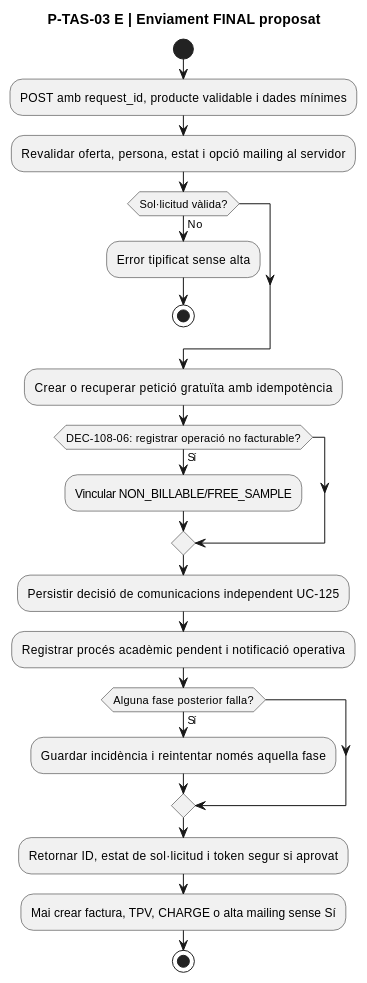
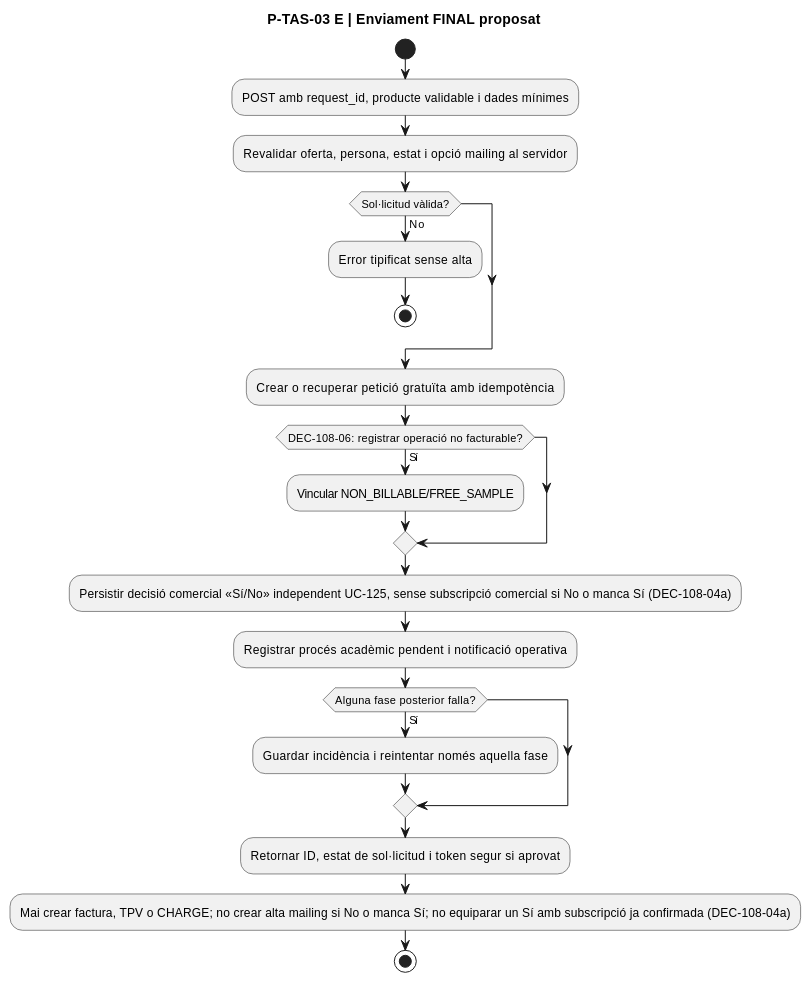
Before and after one commit to orgmeriemprismacat-del/verifactu: diagram 26 of 32 in documentacio/07-uml-integrat/uc-108-activitats-pagines-tastets-actual-final.md, drawn with PlantUML. The commit also changed other lines of this file, not shown here.

````diff
--- a/documentacio/07-uml-integrat/uc-108-activitats-pagines-tastets-actual-final.md
+++ b/documentacio/07-uml-integrat/uc-108-activitats-pagines-tastets-actual-final.md
@@ -634,24 +634,24 @@
 ```plantuml
 @startuml
 title P-TAS-03 E | Enviament FINAL proposat
 start
 :POST amb request_id, producte validable i dades mínimes;
 :Revalidar oferta, persona, estat i opció mailing al servidor;
 if (Sol·licitud vàlida?) then (No)
   :Error tipificat sense alta;
   stop
 endif
 :Crear o recuperar petició gratuïta amb idempotència;
 if (DEC-108-06: registrar operació no facturable?) then (Sí)
   :Vincular NON_BILLABLE/FREE_SAMPLE;
 endif
-:Persistir decisió de comunicacions independent UC-125;
+:Persistir decisió comercial «Sí/No» independent UC-125, sense subscripció comercial si No o manca Sí (DEC-108-04a);
 :Registrar procés acadèmic pendent i notificació operativa;
 if (Alguna fase posterior falla?) then (Sí)
   :Guardar incidència i reintentar només aquella fase;
 endif
 :Retornar ID, estat de sol·licitud i token segur si aprovat;
-:Mai crear factura, TPV, CHARGE o alta mailing sense Sí;
+:Mai crear factura, TPV o CHARGE; no crear alta mailing si No o manca Sí; no equiparar un Sí amb subscripció ja confirmada (DEC-108-04a);
 stop
 @enduml
 ```
````
